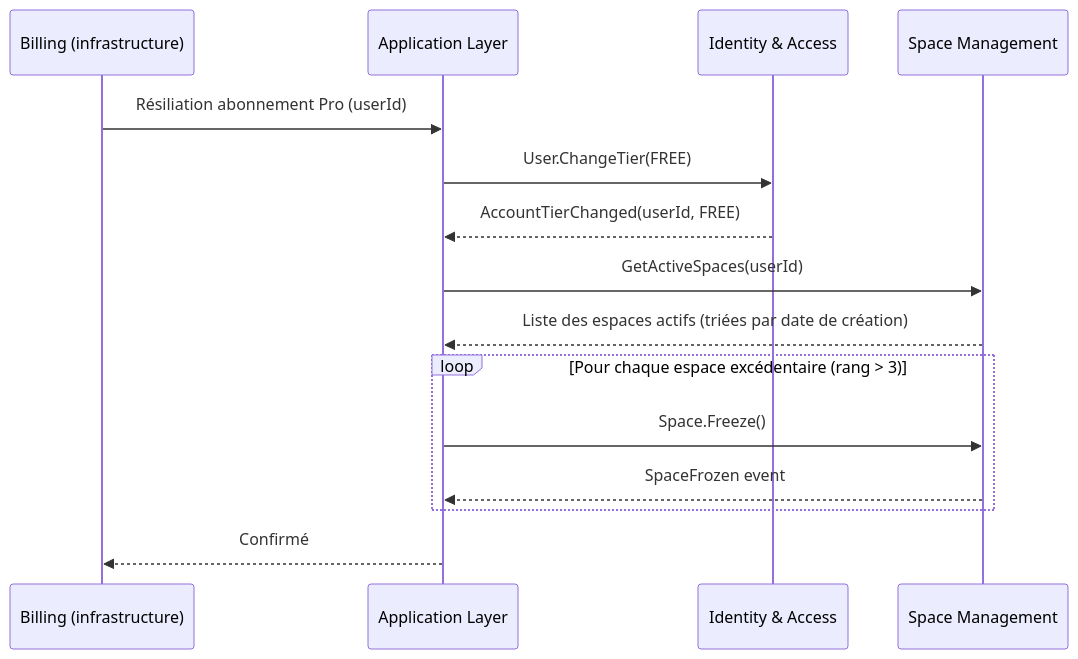
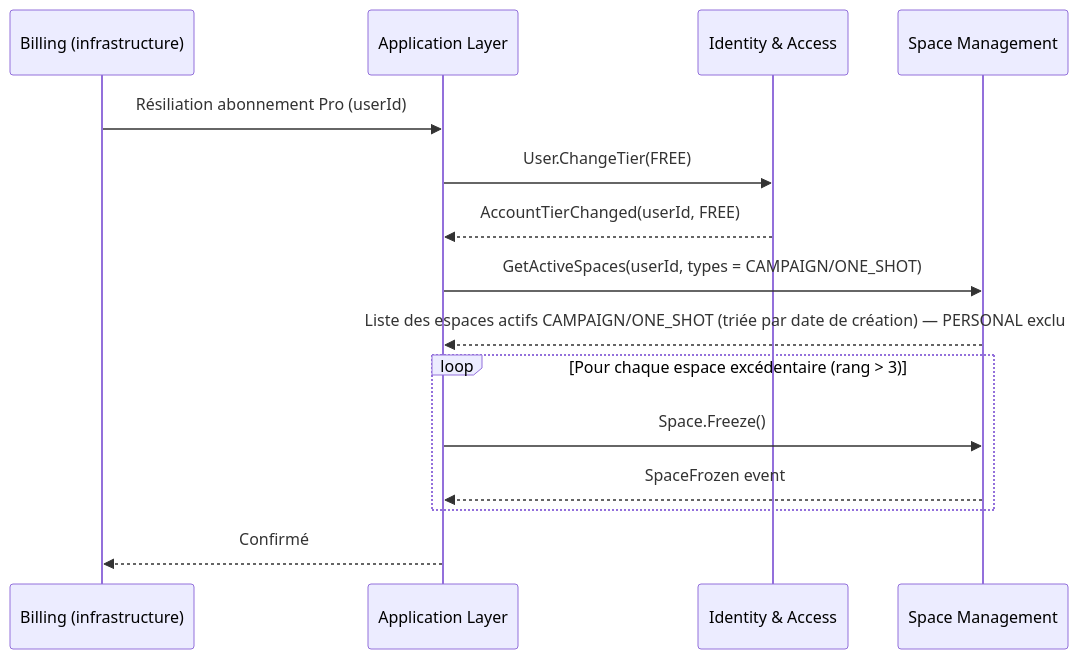
Before and after one commit to 2025-10-CDA-ECO-P6/PM-micro-saas: the fifth of 7 diagrams in docs/domaine/space-management/flows.md, drawn with Mermaid. The commit also changed other lines of this file and 46 other files, not shown here.

````diff
--- a/docs/domaine/space-management/flows.md
+++ b/docs/domaine/space-management/flows.md
@@ -84,18 +88,18 @@
 ```mermaid
 sequenceDiagram
     participant Billing as Billing (infrastructure)
     participant App as Application Layer
     participant IA as Identity & Access
     participant SM as Space Management
 
     Billing->>App: Résiliation abonnement Pro (userId)
     App->>IA: User.ChangeTier(FREE)
     IA-->>App: AccountTierChanged(userId, FREE)
-    App->>SM: GetActiveSpaces(userId)
-    SM-->>App: Liste des espaces actifs (triées par date de création)
+    App->>SM: GetActiveSpaces(userId, types = CAMPAIGN/ONE_SHOT)
+    SM-->>App: Liste des espaces actifs CAMPAIGN/ONE_SHOT (triée par date de création) — PERSONAL exclu
     loop Pour chaque espace excédentaire (rang > 3)
         App->>SM: Space.Freeze()
         SM-->>App: SpaceFrozen event
     end
     App-->>Billing: Confirmé
 ```
````
